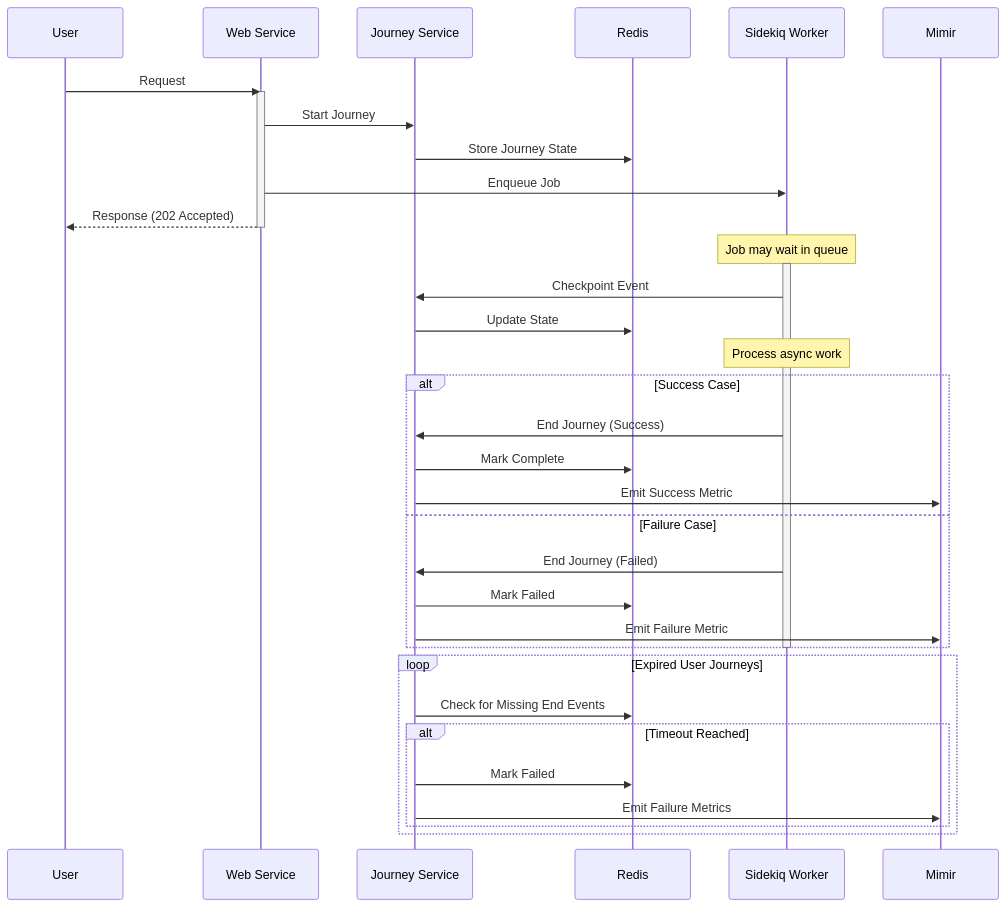
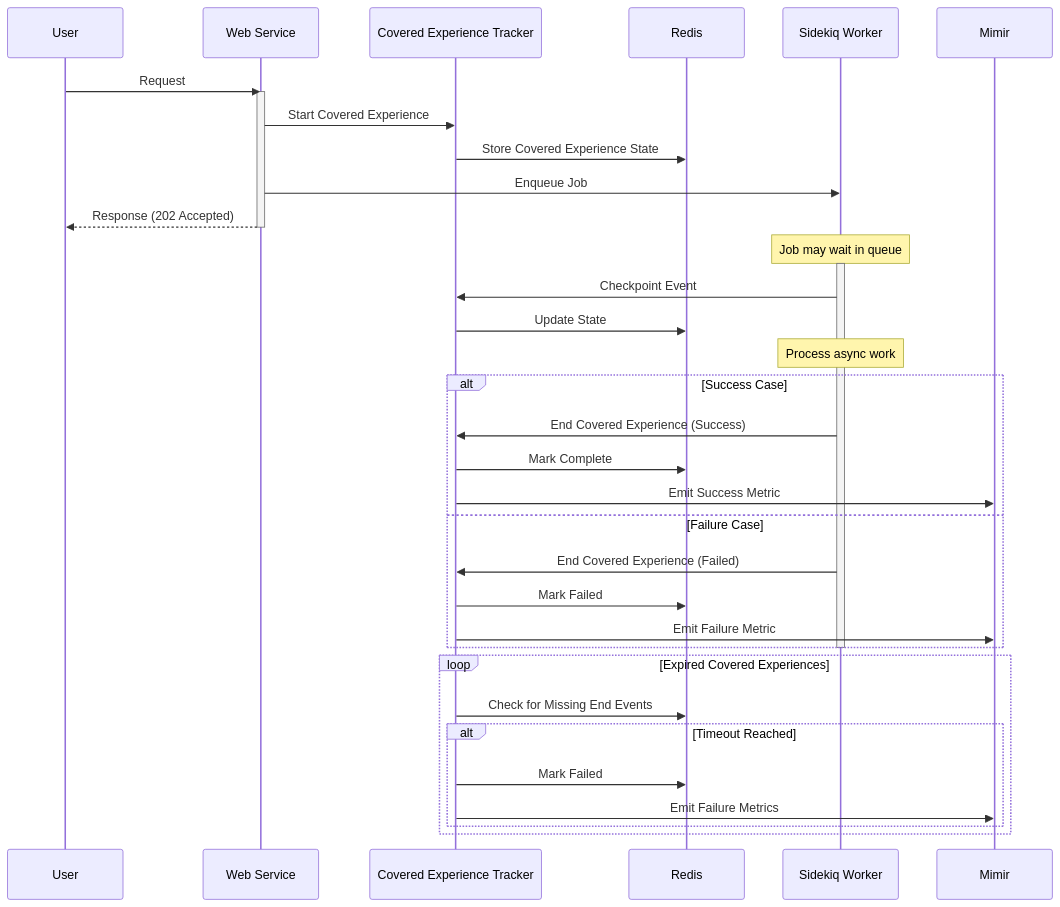
Before and after one commit to zalyoung/gitlab-handbook: the third of 4 diagrams in content/handbook/engineering/architecture/design-documents/covered_experience_slis/_index.md, drawn with Mermaid. The commit also changed other lines of this file, not shown here.

Commit message:
fix: Renaming user journey to covered experience on the rest of the document

````diff
--- a/content/handbook/engineering/architecture/design-documents/covered_experience_slis/_index.md
+++ b/content/handbook/engineering/architecture/design-documents/covered_experience_slis/_index.md
@@ -180,46 +178,46 @@
 ```mermaid
 sequenceDiagram
     participant User
     participant Web as Web Service
-    participant Journey as Journey Service
+    participant Tracker as Covered Experience Tracker
     participant Redis
     participant Sidekiq as Sidekiq Worker
     participant Metrics as Mimir
 
     User->>Web: Request
     activate Web
 
-    Web->>Journey: Start Journey
-    Journey->>Redis: Store Journey State
+    Web->>Tracker: Start Covered Experience
+    Tracker->>Redis: Store Covered Experience State
 
     Web->>Sidekiq: Enqueue Job
     Web-->>User: Response (202 Accepted)
     deactivate Web
 
     Note over Sidekiq: Job may wait in queue
 
     activate Sidekiq
-    Sidekiq->>Journey: Checkpoint Event
-    Journey->>Redis: Update State
+    Sidekiq->>Tracker: Checkpoint Event
+    Tracker->>Redis: Update State
 
     Note over Sidekiq: Process async work
 
     alt Success Case
-        Sidekiq->>Journey: End Journey (Success)
-        Journey->>Redis: Mark Complete
-        Journey->>Metrics: Emit Success Metric
+        Sidekiq->>Tracker: End Covered Experience (Success)
+        Tracker->>Redis: Mark Complete
+        Tracker->>Metrics: Emit Success Metric
     else Failure Case
-        Sidekiq->>Journey: End Journey (Failed)
-        Journey->>Redis: Mark Failed
-        Journey->>Metrics: Emit Failure Metric
+        Sidekiq->>Tracker: End Covered Experience (Failed)
+        Tracker->>Redis: Mark Failed
+        Tracker->>Metrics: Emit Failure Metric
     end
     deactivate Sidekiq
 
-    loop Expired User Journeys
-        Journey->>Redis: Check for Missing End Events
+    loop Expired Covered Experiences
+        Tracker->>Redis: Check for Missing End Events
         alt Timeout Reached
-            Journey->>Redis: Mark Failed
-            Journey->>Metrics: Emit Failure Metrics
+            Tracker->>Redis: Mark Failed
+            Tracker->>Metrics: Emit Failure Metrics
         end
     end
 ```
````
